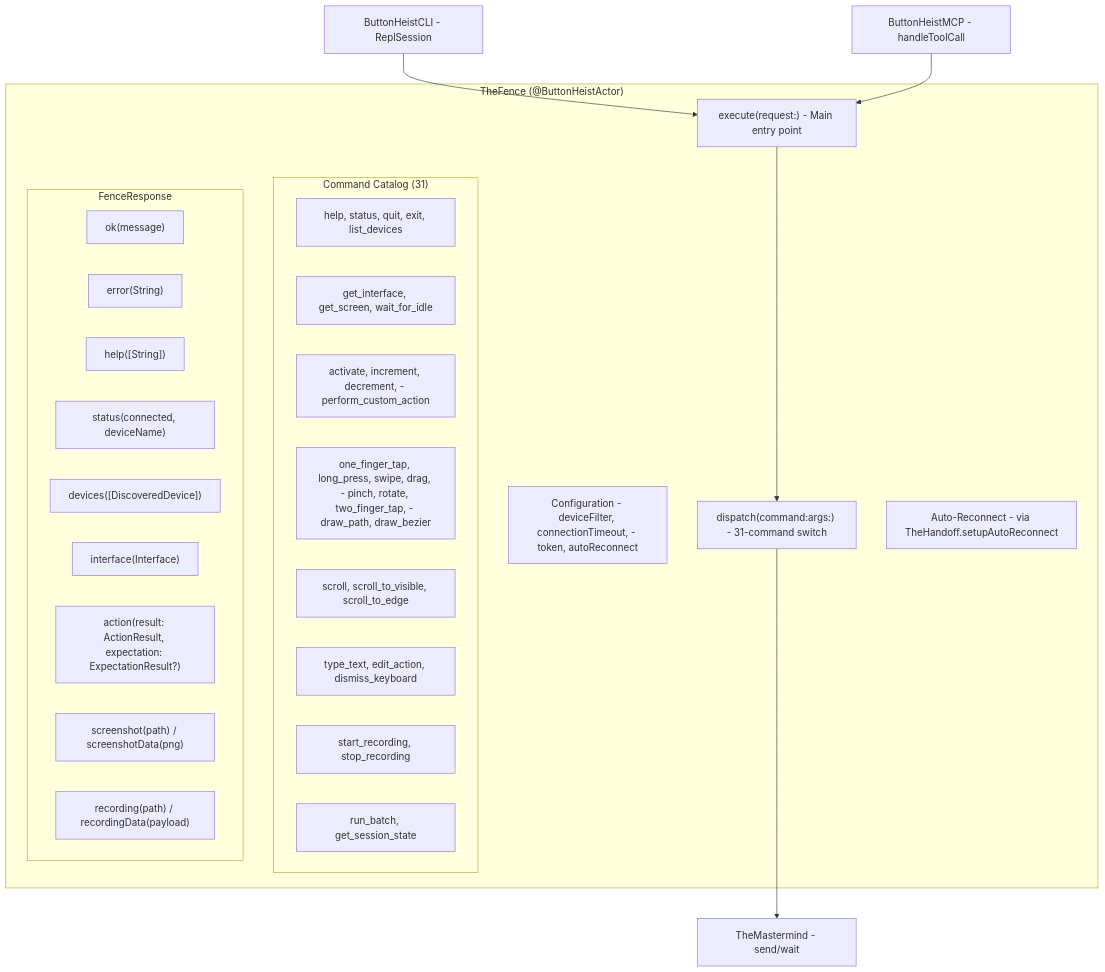
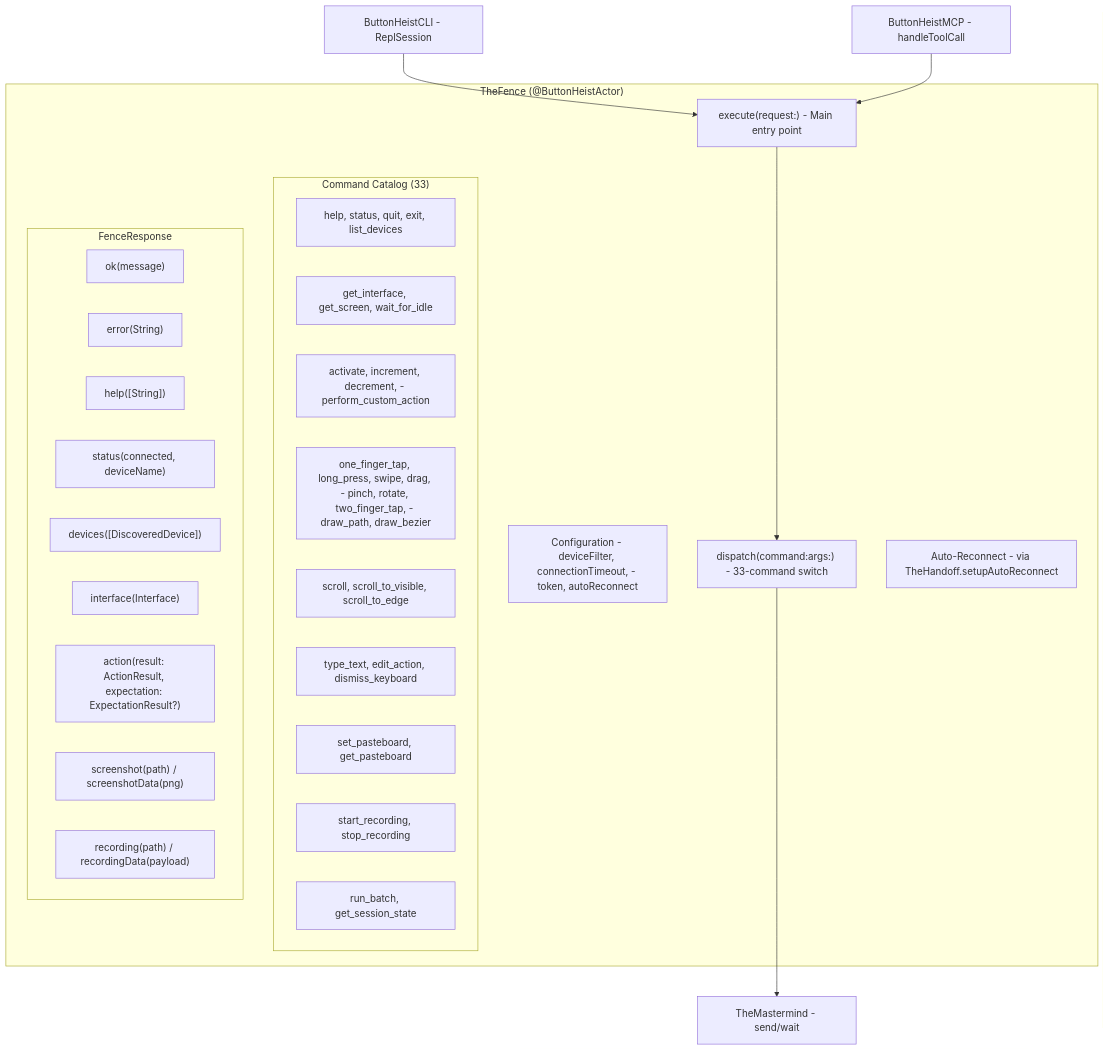
The first of 3 diagrams in docs/dossiers/10-THEFENCE.md (RoyalPineapple/TheButtonHeist), drawn with Mermaid before and after one commit. The commit also changed other lines of this file and 29 other files, not shown here.

````diff
--- a/docs/dossiers/10-THEFENCE.md
+++ b/docs/dossiers/10-THEFENCE.md
@@ -23,37 +23,38 @@
 ```mermaid
 graph TD
     subgraph TheFence["TheFence (@ButtonHeistActor)"]
         Config["Configuration - deviceFilter, connectionTimeout, - token, autoReconnect"]
         Execute["execute(request:) - Main entry point"]
-        Dispatch["dispatch(command:args:) - 31-command switch"]
+        Dispatch["dispatch(command:args:) - 33-command switch"]
         Reconnect["Auto-Reconnect - via TheHandoff.setupAutoReconnect"]
 
-        subgraph Commands["Command Catalog (31)"]
+        subgraph Commands["Command Catalog (33)"]
             Conn["help, status, quit, exit, list_devices"]
             IF["get_interface, get_screen, wait_for_idle"]
             Access["activate, increment, decrement, - perform_custom_action"]
             Gesture["one_finger_tap, long_press, swipe, drag, - pinch, rotate, two_finger_tap, - draw_path, draw_bezier"]
             Scroll["scroll, scroll_to_visible, scroll_to_edge"]
             Text["type_text, edit_action, dismiss_keyboard"]
+            Pasteboard["set_pasteboard, get_pasteboard"]
             Rec["start_recording, stop_recording"]
             Batch["run_batch, get_session_state"]
         end
 
         subgraph Response["FenceResponse"]
             Ok["ok(message)"]
             Err["error(String)"]
             Help["help([String])"]
             Status["status(connected, deviceName)"]
             DevList["devices([DiscoveredDevice])"]
             IFResp["interface(Interface)"]
             Action["action(result: ActionResult, expectation: ExpectationResult?)"]
             Screenshot["screenshot(path) / screenshotData(png)"]
             Recording["recording(path) / recordingData(payload)"]
         end
     end
 
     CLI["ButtonHeistCLI - ReplSession"] --> Execute
     MCP["ButtonHeistMCP - handleToolCall"] --> Execute
     Execute --> Dispatch
     Dispatch --> Client["TheMastermind - send/wait"]
 ```
````
